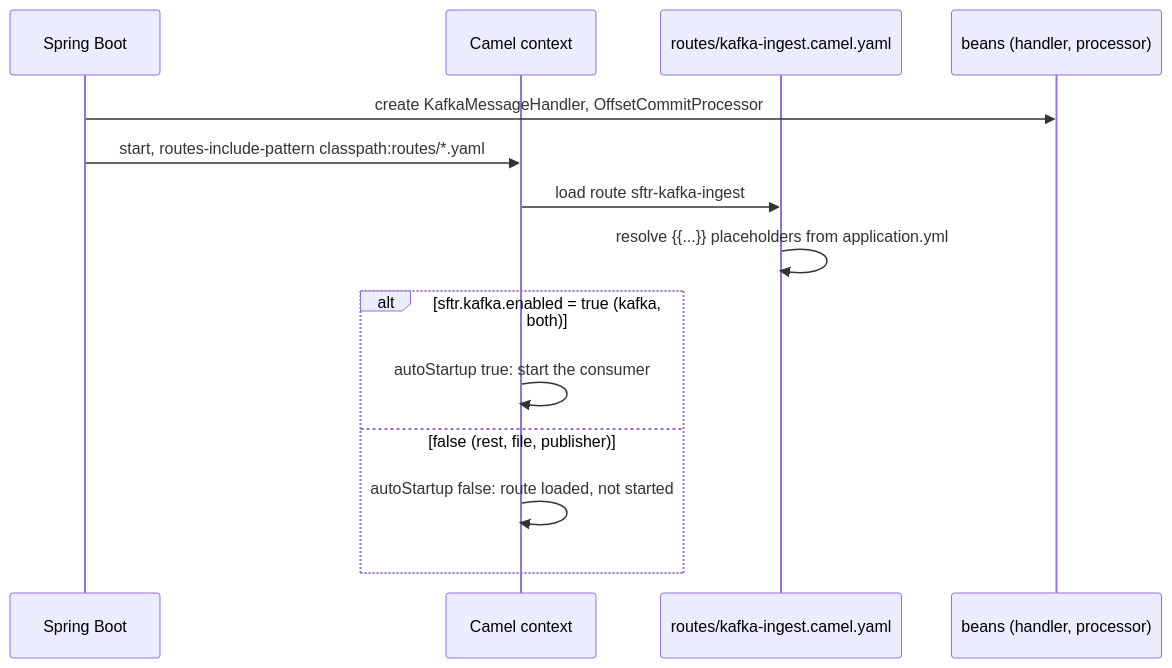
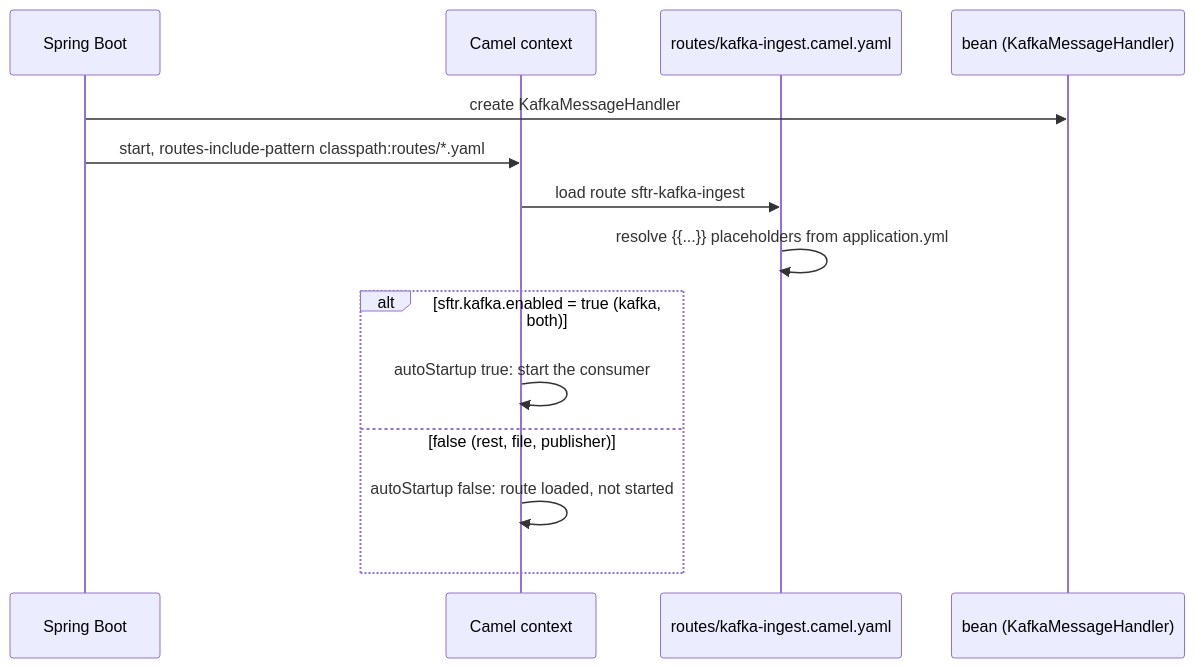
One commit to shanregs/msg-transformer changed diagram 13 of 15 in docs/c4-architecture.md. Above: the diagram before and after it, drawn with Mermaid. The commit also changed other lines of this file and 14 other files, not shown here.

First line of the commit message:
Simplify the Kafka consumer: default Camel offset handling (#12)

````diff
--- a/docs/c4-architecture.md
+++ b/docs/c4-architecture.md
@@ -464,17 +431,17 @@
 ```mermaid
 sequenceDiagram
     participant S as Spring Boot
     participant C as Camel context
     participant Y as routes/kafka-ingest.camel.yaml
-    participant B as beans (handler, processor)
+    participant B as bean (KafkaMessageHandler)
 
-    S->>B: create KafkaMessageHandler, OffsetCommitProcessor
+    S->>B: create KafkaMessageHandler
     S->>C: start, routes-include-pattern classpath:routes/*.yaml
     C->>Y: load route sftr-kafka-ingest
     Y->>Y: resolve {{...}} placeholders from application.yml
     alt sftr.kafka.enabled = true (kafka, both)
         C->>C: autoStartup true: start the consumer
     else false (rest, file, publisher)
         C->>C: autoStartup false: route loaded, not started
     end
 ```
````
